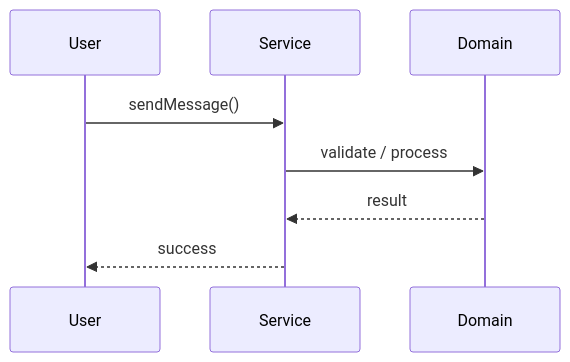
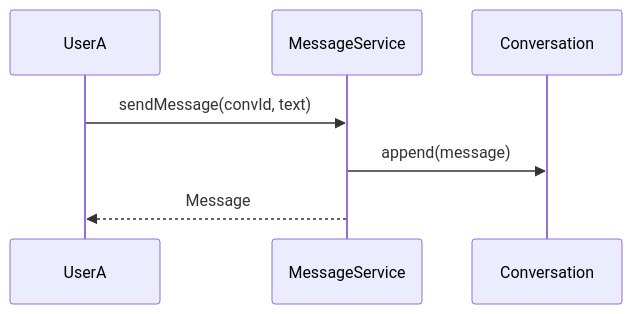
Before and after one commit to madhupaila/Interview-Prep-SSE: the second of 3 diagrams in Learn/System Design - Low Level Design/02-classic-ood/questions/Q24-messenger-1to1.md, drawn with Mermaid. The commit also changed other lines of this file and 491 other files, not shown here.

````diff
--- a/Learn/System Design - Low Level Design/02-classic-ood/questions/Q24-messenger-1to1.md
+++ b/Learn/System Design - Low Level Design/02-classic-ood/questions/Q24-messenger-1to1.md
@@ -122,10 +151,9 @@
 ```mermaid
 sequenceDiagram
-    participant U as User
-    participant S as Service
-    participant D as Domain
-    U->>S: sendMessage()
-    S->>D: validate / process
-    D-->>S: result
-    S-->>U: success
+participant A as UserA
+participant S as MessageService
+participant C as Conversation
+A->>S: sendMessage(convId, text)
+S->>C: append(message)
+S-->>A: Message
 ```
````
